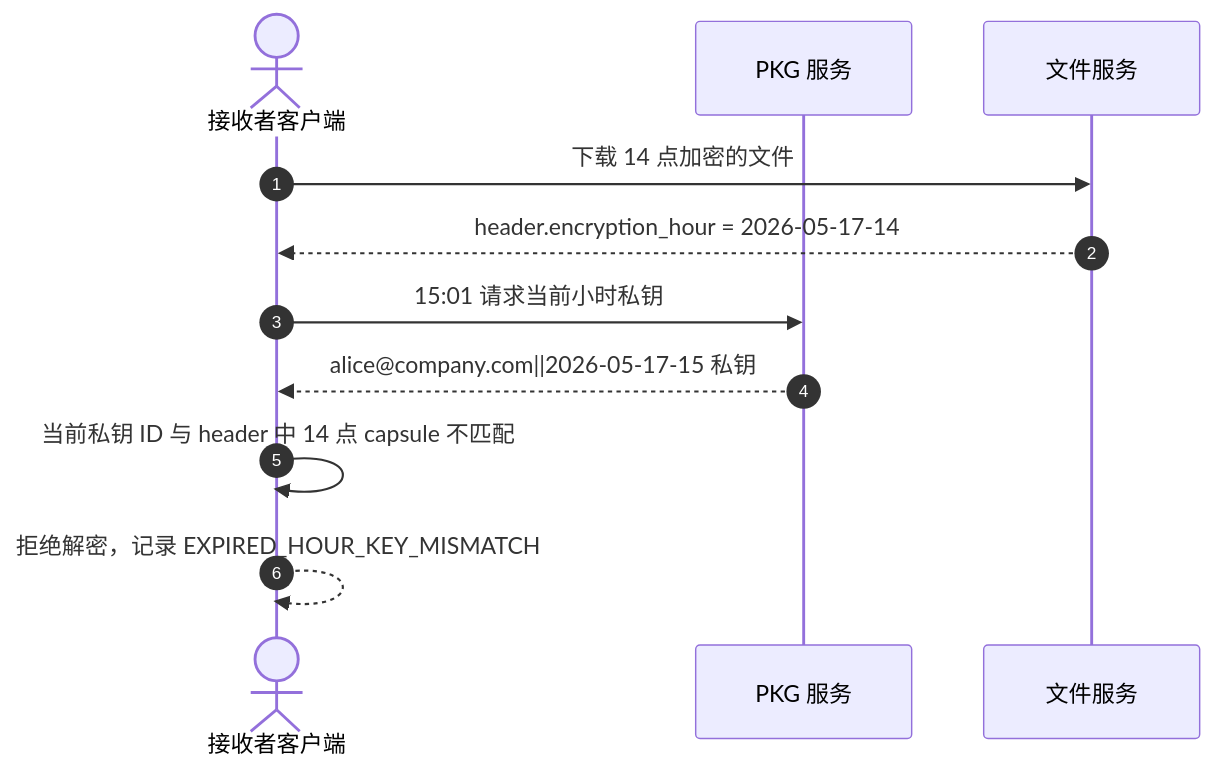
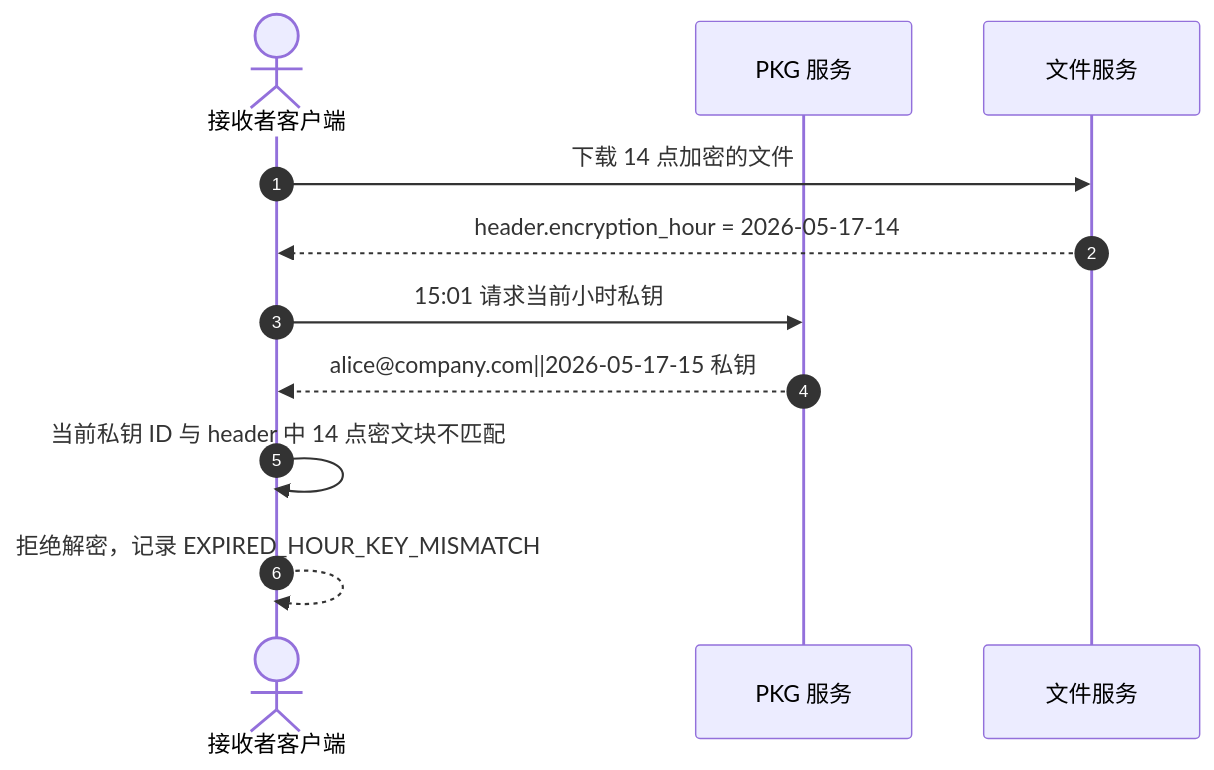
The fifth of 7 diagrams in docs/diagrams.md (firfisa/BF-IBE), drawn with Mermaid before and after one commit. The commit also changed other lines of this file and 9 other files, not shown here.

````diff
--- a/docs/diagrams.md
+++ b/docs/diagrams.md
@@ -84,14 +84,14 @@
 ```mermaid
 sequenceDiagram
   autonumber
   actor Client as 接收者客户端
   participant PKG as PKG 服务
   participant FS as 文件服务
 
   Client->>FS: 下载 14 点加密的文件
   FS-->>Client: header.encryption_hour = 2026-05-17-14
   Client->>PKG: 15:01 请求当前小时私钥
   PKG-->>Client: alice@company.com||2026-05-17-15 私钥
-  Client->>Client: 当前私钥 ID 与 header 中 14 点 capsule 不匹配
+  Client->>Client: 当前私钥 ID 与 header 中 14 点密文块不匹配
   Client-->>Client: 拒绝解密，记录 EXPIRED_HOUR_KEY_MISMATCH
 ```
````
